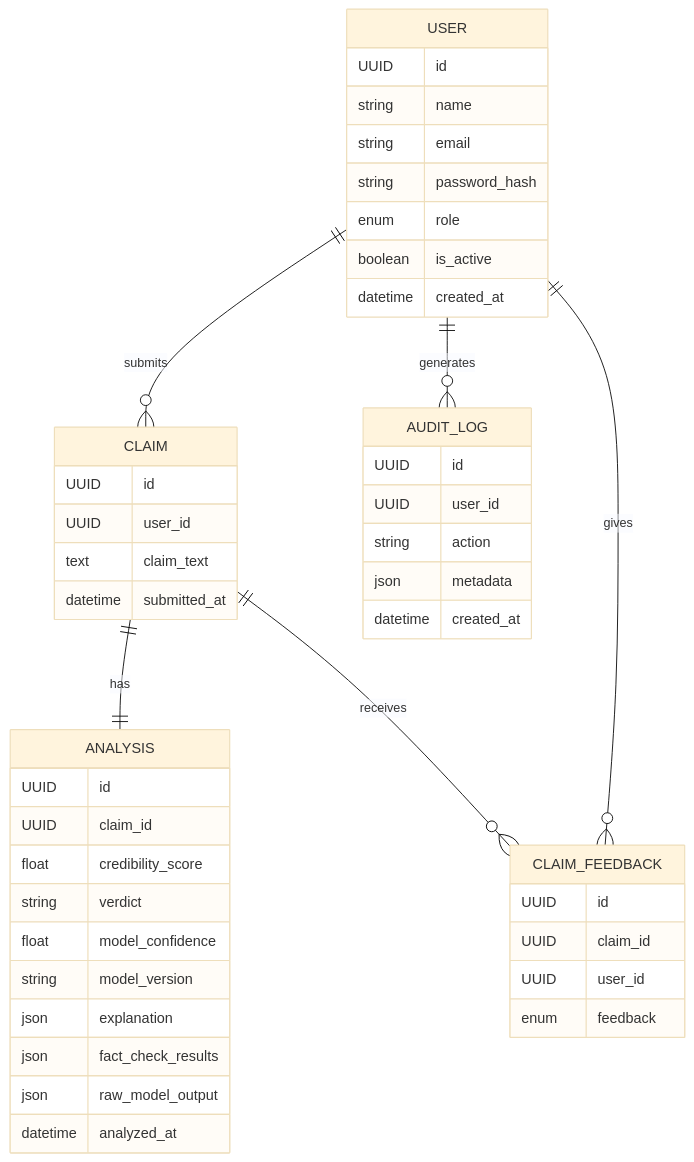
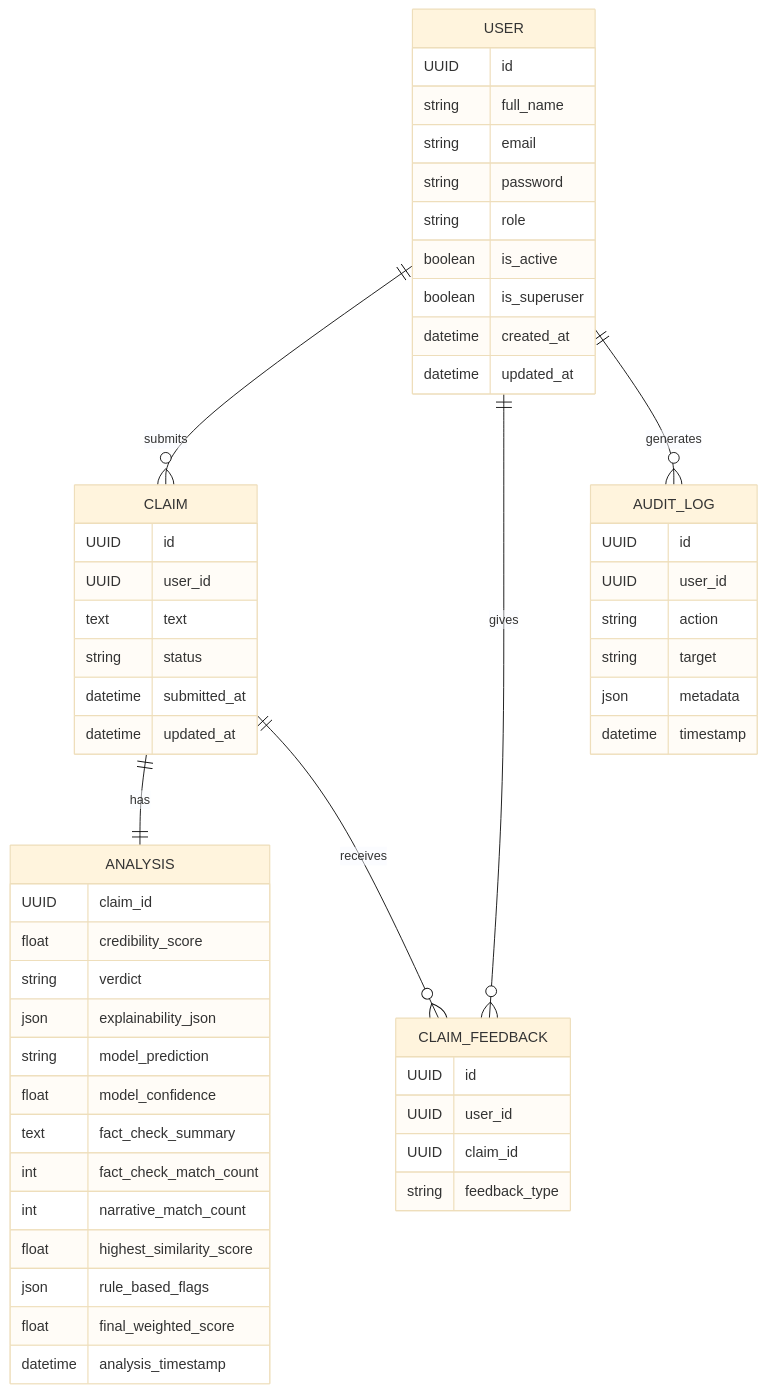
The tenth of 13 diagrams in ARCHITECTURE.md (harshpreet284/InfoTrust), drawn with Mermaid (base theme) before and after one commit. The commit also changed other lines of this file and 1 other file, not shown here.

Commit message:
DB-019: Document database schema

````diff
--- a/ARCHITECTURE.md
+++ b/ARCHITECTURE.md
@@ -2231,58 +2231,62 @@
 ```mermaid
 erDiagram
 
 USER ||--o{ CLAIM : submits
-
 CLAIM ||--|| ANALYSIS : has
-
+USER ||--o{ CLAIM_FEEDBACK : gives
 CLAIM ||--o{ CLAIM_FEEDBACK : receives
-
-USER ||--o{ CLAIM_FEEDBACK : gives
-
 USER ||--o{ AUDIT_LOG : generates
 
 USER {
-UUID id
-string name
-string email
-string password_hash
-enum role
-boolean is_active
-datetime created_at
+    UUID id
+    string full_name
+    string email
+    string password
+    string role
+    boolean is_active
+    boolean is_superuser
+    datetime created_at
+    datetime updated_at
 }
 
 CLAIM {
-UUID id
-UUID user_id
-text claim_text
-datetime submitted_at
+    UUID id
+    UUID user_id
+    text text
+    string status
+    datetime submitted_at
+    datetime updated_at
 }
 
 ANALYSIS {
-UUID id
-UUID claim_id
-float credibility_score
-string verdict
-float model_confidence
-string model_version
-json explanation
-json fact_check_results
-json raw_model_output
-datetime analyzed_at
+    UUID claim_id
+    float credibility_score
+    string verdict
+    json explainability_json
+    string model_prediction
+    float model_confidence
+    text fact_check_summary
+    int fact_check_match_count
+    int narrative_match_count
+    float highest_similarity_score
+    json rule_based_flags
+    float final_weighted_score
+    datetime analysis_timestamp
 }
 
 CLAIM_FEEDBACK {
-UUID id
-UUID claim_id
-UUID user_id
-enum feedback
+    UUID id
+    UUID user_id
+    UUID claim_id
+    string feedback_type
 }
 
 AUDIT_LOG {
-UUID id
-UUID user_id
-string action
-json metadata
-datetime created_at
+    UUID id
+    UUID user_id
+    string action
+    string target
+    json metadata
+    datetime timestamp
 }
 ```
````
